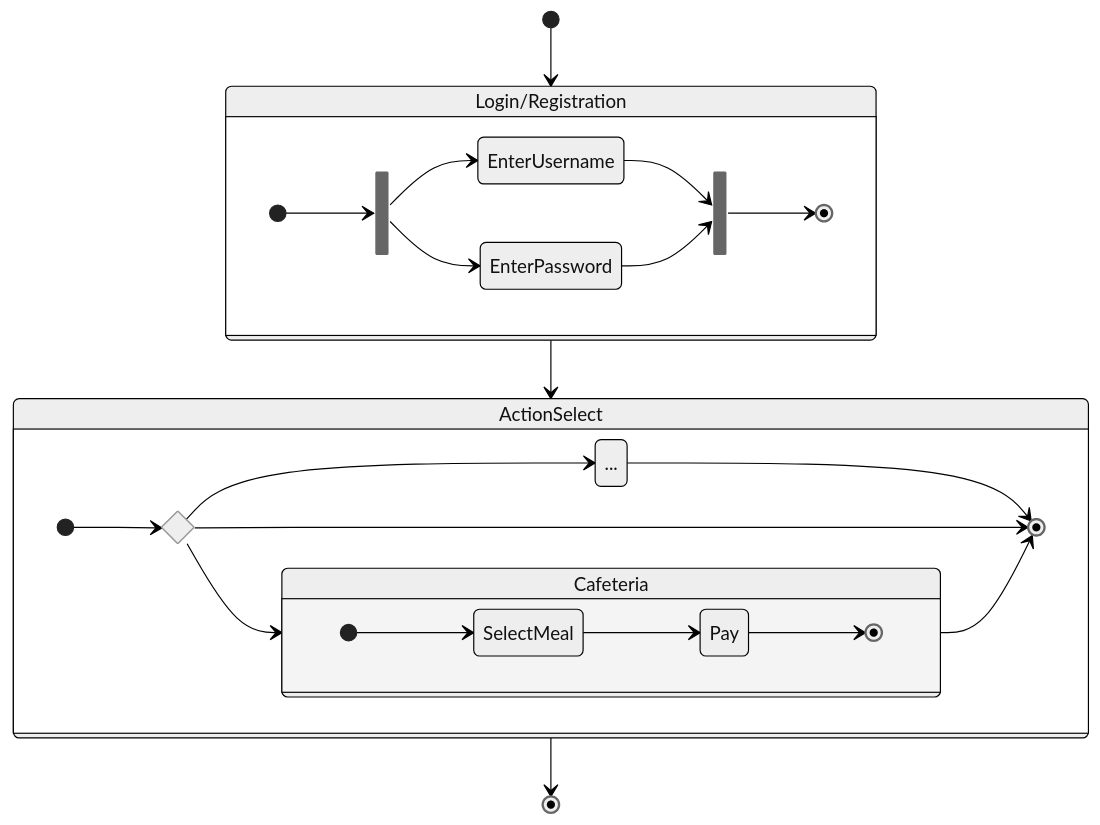
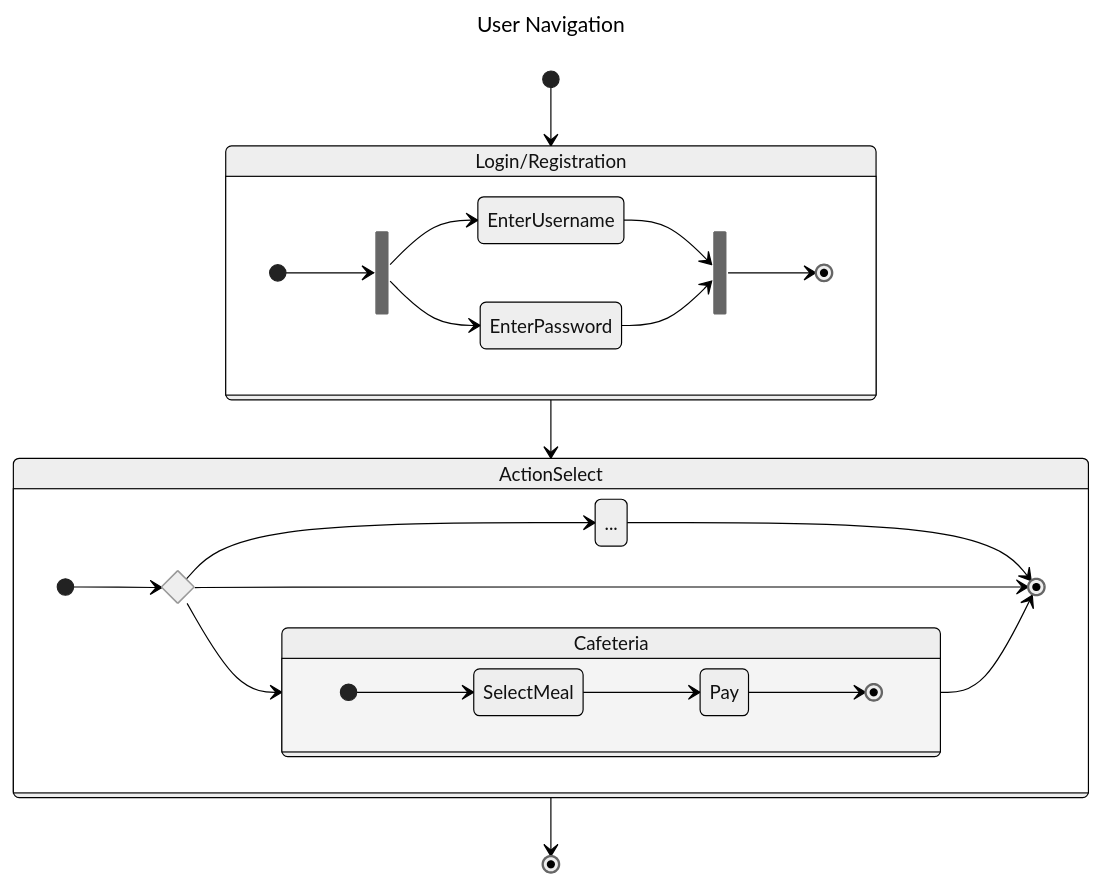
Before and after one commit to kkmarv/IOTA-Digital-Student-ID: the fourth of 4 diagrams in README.md, drawn with Mermaid (neutral theme). The commit also changed other lines of this file and 2 other files, not shown here.

````diff
--- a/README.md
+++ b/README.md
@@ -95,42 +132,45 @@
 ```mermaid
+---
+title: User Navigation
+---
 stateDiagram-v2
     [*] --> Login/Registration
 
     state Login/Registration {
         direction LR
 
         state fork_state <<fork>>
         state join_state <<join>>
 
         [*] --> fork_state
         fork_state --> EnterUsername
         fork_state --> EnterPassword
 
         join_state --> [*]
         EnterUsername --> join_state
         EnterPassword --> join_state
     }   
 
     Login/Registration --> ActionSelect
 
     state ActionSelect {
         direction LR
         state if_state <<choice>>
         
         [*] --> if_state
         if_state --> ...
         ... --> [*]
         if_state --> [*]
         if_state --> Cafeteria
         Cafeteria --> [*]
 
         state Cafeteria {
             direction LR
             [*] --> SelectMeal
             SelectMeal --> Pay
             Pay --> [*]
         }
     }
 
     ActionSelect --> [*]    
 ```
````
